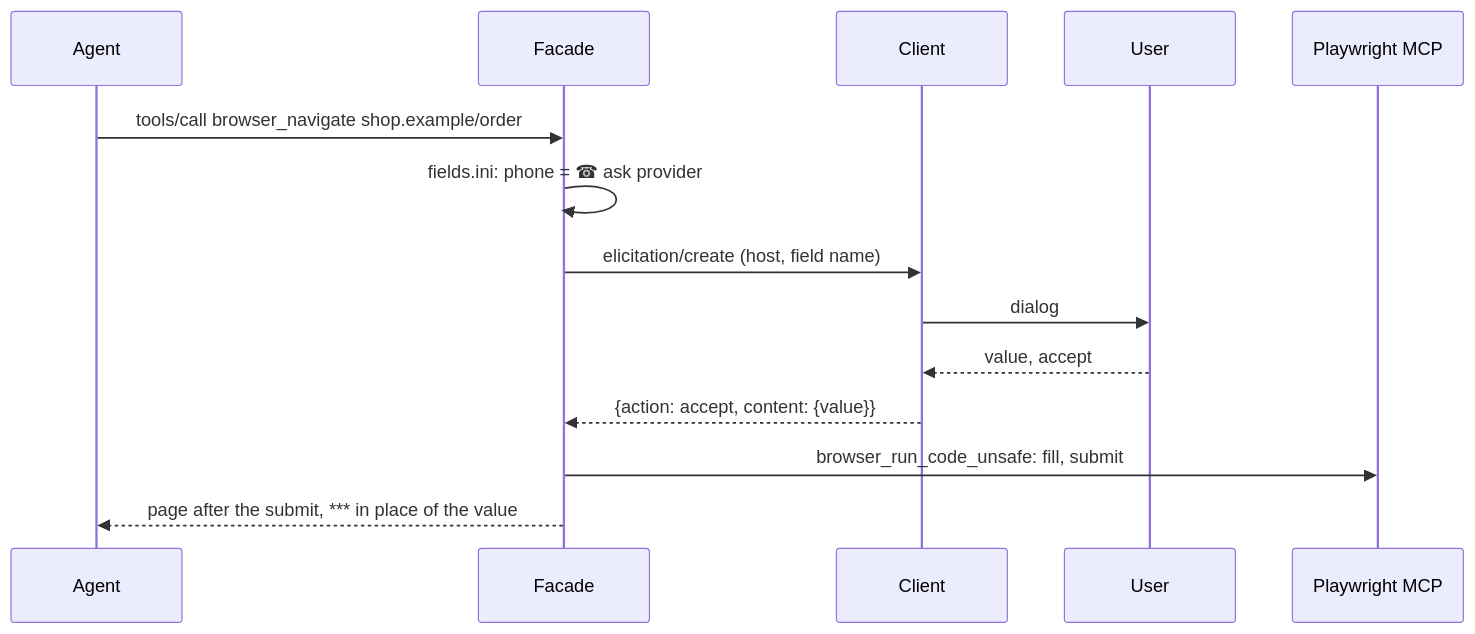
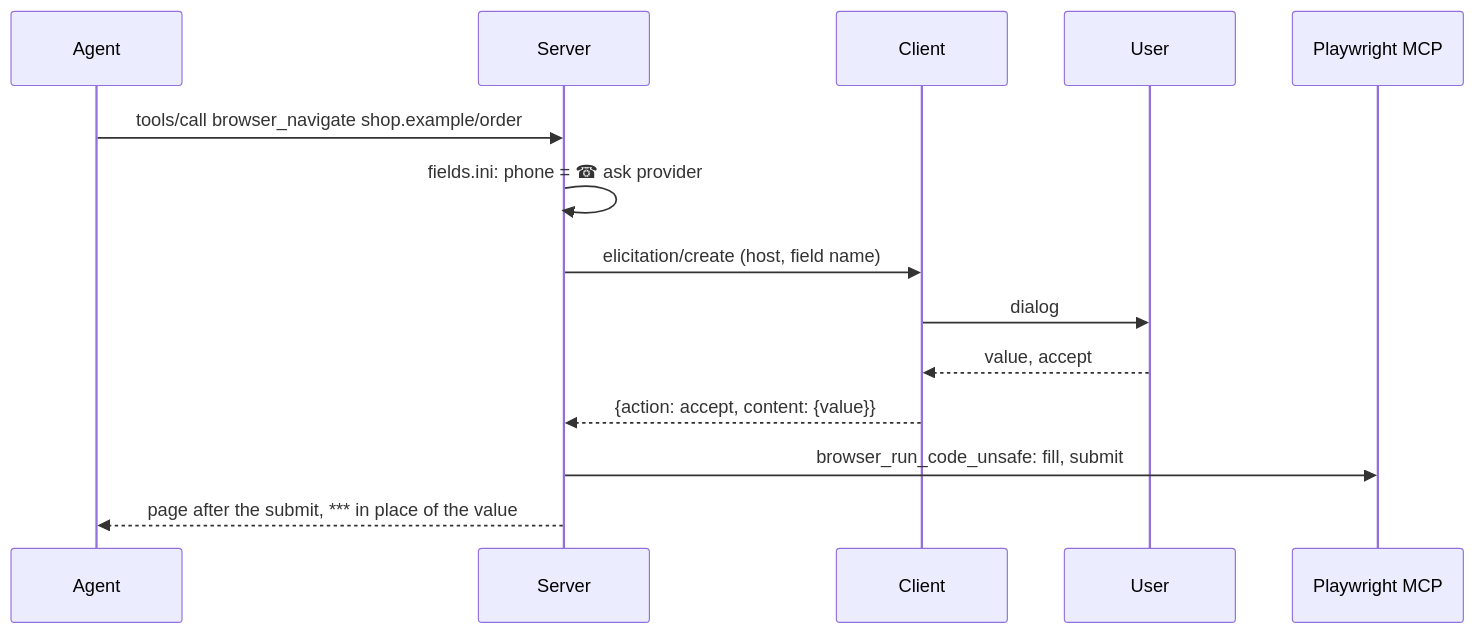
Before and after one commit to npstash/shared: the sixth of 6 diagrams in tools/browser-automation-x-mcp/sdd/DESIGN.md, drawn with Mermaid. The commit also changed other lines of this file and 46 other files, not shown here.

First line of the commit message:
browser-automation-x-mcp: one MCP server on Playwright and Chromium only; neutral naming

````diff
--- a/tools/browser-automation-x-mcp/sdd/DESIGN.md
+++ b/tools/browser-automation-x-mcp/sdd/DESIGN.md
@@ -226,11 +222,11 @@
 ```mermaid
 sequenceDiagram
-    Agent->>Facade: tools/call browser_navigate shop.example/order
-    Facade->>Facade: fields.ini: phone = #phone; ask provider
-    Facade->>Client: elicitation/create (host, field name)
+    Agent->>Server: tools/call browser_navigate shop.example/order
+    Server->>Server: fields.ini: phone = #phone; ask provider
+    Server->>Client: elicitation/create (host, field name)
     Client->>User: dialog
     User-->>Client: value, accept
-    Client-->>Facade: {action: accept, content: {value}}
-    Facade->>Playwright MCP: browser_run_code_unsafe: fill, submit
-    Facade-->>Agent: page after the submit, *** in place of the value
+    Client-->>Server: {action: accept, content: {value}}
+    Server->>Playwright MCP: browser_run_code_unsafe: fill, submit
+    Server-->>Agent: page after the submit, *** in place of the value
 ```
````
